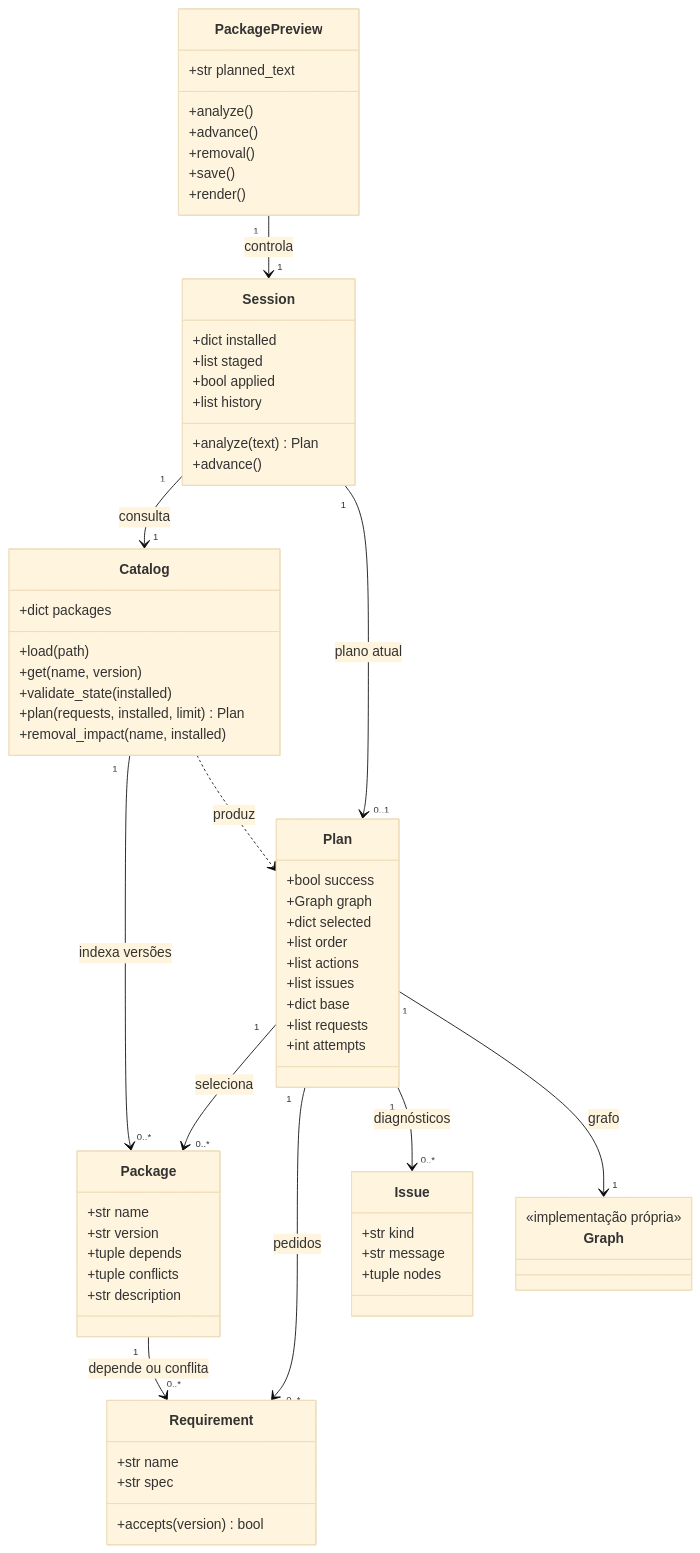
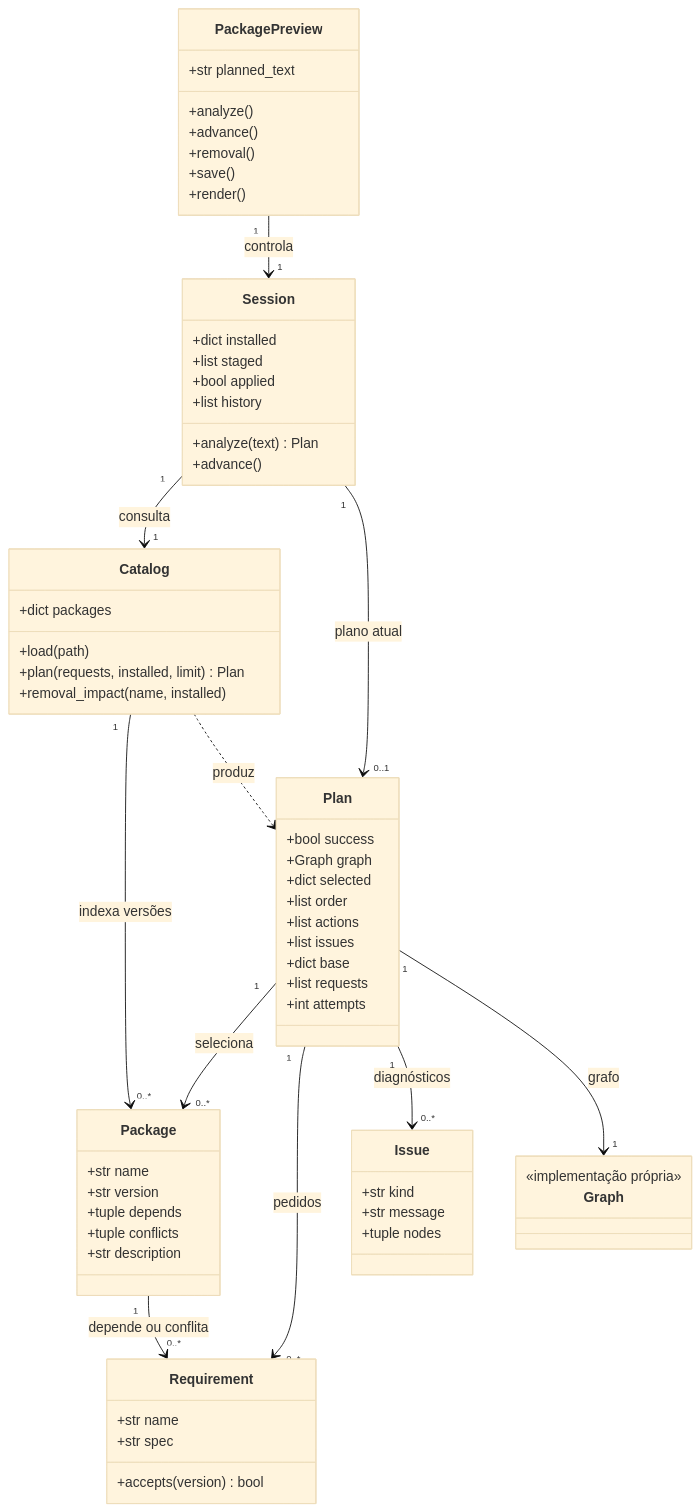
The first of 3 diagrams in docs/modelagem/arquitetura.md (caiokfuri/gestaoDependencias), drawn with Mermaid (base theme) before and after one commit. The commit also changed other lines of this file and 71 other files, not shown here.

````diff
--- a/docs/modelagem/arquitetura.md
+++ b/docs/modelagem/arquitetura.md
@@ -9,68 +9,66 @@
 ```mermaid
 classDiagram
     class Requirement {
         +str name
         +str spec
         +accepts(version) bool
     }
     class Package {
         +str name
         +str version
         +tuple depends
         +tuple conflicts
         +str description
     }
     class Issue {
         +str kind
         +str message
         +tuple nodes
     }
     class Plan {
         +bool success
         +Graph graph
         +dict selected
         +list order
         +list actions
         +list issues
         +dict base
         +list requests
         +int attempts
     }
     class Catalog {
         +dict packages
         +load(path)
-        +get(name, version)
-        +validate_state(installed)
         +plan(requests, installed, limit) Plan
         +removal_impact(name, installed)
     }
     class Session {
         +dict installed
         +list staged
         +bool applied
         +list history
         +analyze(text) Plan
         +advance()
     }
     class PackagePreview {
         +str planned_text
         +analyze()
         +advance()
         +removal()
         +save()
         +render()
     }
     class Graph {
         <<implementação própria>>
     }
     Catalog "1" --> "0..*" Package : indexa versões
     Package "1" --> "0..*" Requirement : depende ou conflita
     Plan "1" --> "0..*" Package : seleciona
     Plan "1" --> "0..*" Requirement : pedidos
     Plan "1" --> "0..*" Issue : diagnósticos
     Plan "1" --> "1" Graph : grafo
     Session "1" --> "1" Catalog : consulta
     Session "1" --> "0..1" Plan : plano atual
     PackagePreview "1" --> "1" Session : controla
     Catalog ..> Plan : produz
 ```
````
